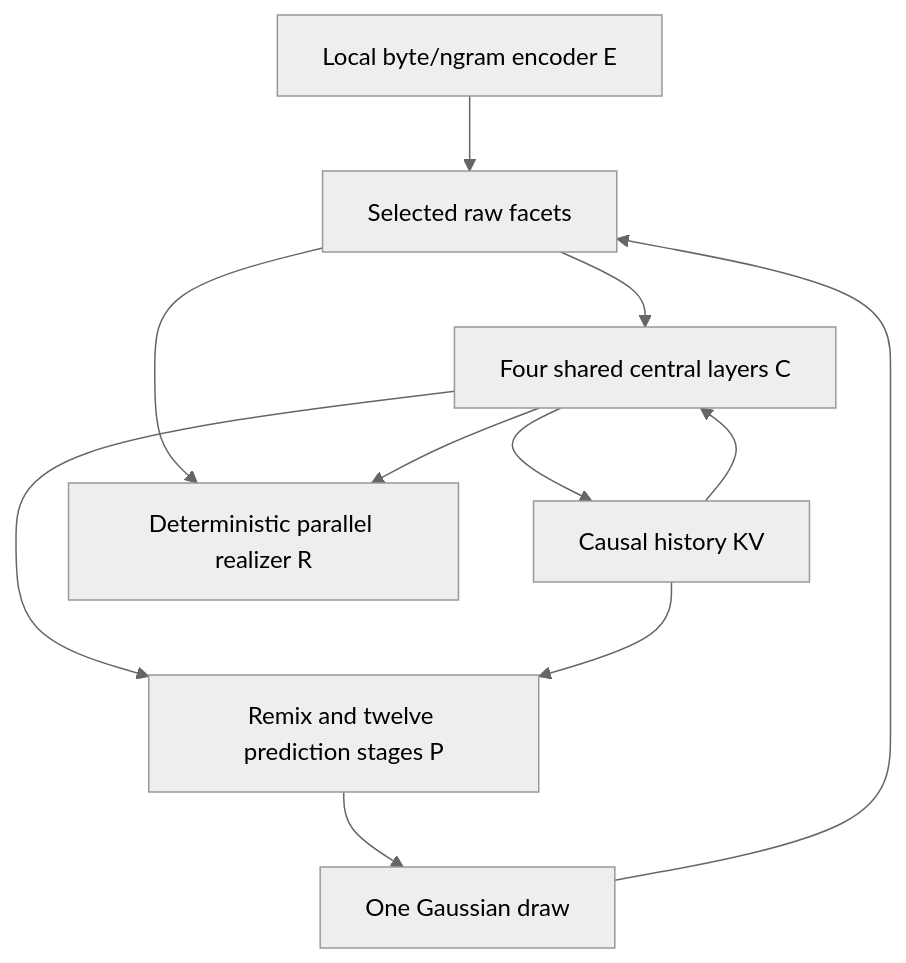
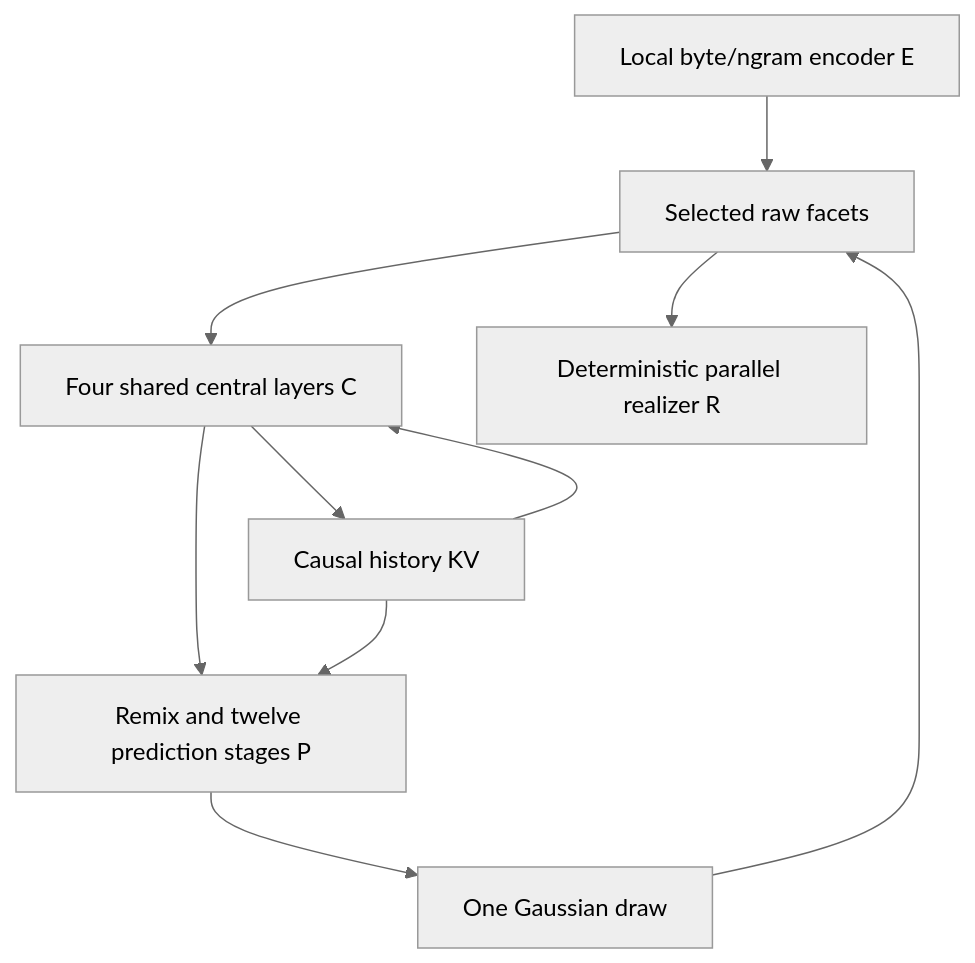
The diagram in docs/generation.md (werg/megatoken), drawn with Mermaid (neutral theme) before and after one commit. The commit also changed other lines of this file and 2 other files, not shown here.

````diff
--- a/docs/generation.md
+++ b/docs/generation.md
@@ -22,13 +22,12 @@
 ```mermaid
 flowchart TD
     E["Local byte/ngram encoder E"] --> Z["Selected raw facets"]
     P["Remix and twelve prediction stages P"] --> G["One Gaussian draw"]
     G --> Z
     Z --> C["Four shared central layers C"]
     H["Causal history KV"] --> C
     C --> H
     C --> P
     H --> P
     Z --> R["Deterministic parallel realizer R"]
-    C --> R
 ```
````
